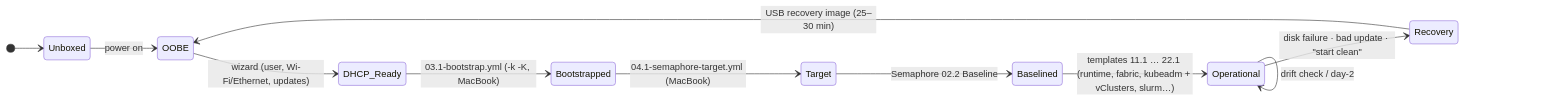
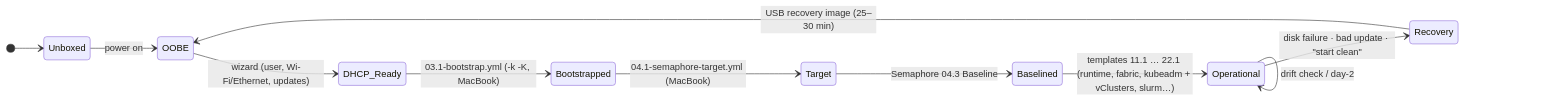
The first of 4 diagrams in 01-Ansible/03-bare-metal-provisioning-and-bootstrap.md (cloudone365/technical-depth), drawn with Mermaid before and after one commit. The commit also changed other lines of this file and 36 other files, not shown here.

````diff
--- a/01-Ansible/03-bare-metal-provisioning-and-bootstrap.md
+++ b/01-Ansible/03-bare-metal-provisioning-and-bootstrap.md
@@ -23,14 +23,14 @@
 ```mermaid
 stateDiagram-v2
   direction LR
   [*] --> Unboxed
   Unboxed --> OOBE: power on
   OOBE --> DHCP_Ready: wizard (user, Wi-Fi/Ethernet, updates)
   DHCP_Ready --> Bootstrapped: 03.1-bootstrap.yml (-k -K, MacBook)
   Bootstrapped --> Target: 04.1-semaphore-target.yml (MacBook)
-  Target --> Baselined: Semaphore 02.2 Baseline
+  Target --> Baselined: Semaphore 04.3 Baseline
   Baselined --> Operational: templates 11.1 … 22.1 (runtime, fabric, kubeadm + vClusters, slurm…)
   Operational --> Operational: drift check / day-2
   Operational --> Recovery: disk failure · bad update · "start clean"
   Recovery --> OOBE: USB recovery image (25–30 min)
 ```
````
